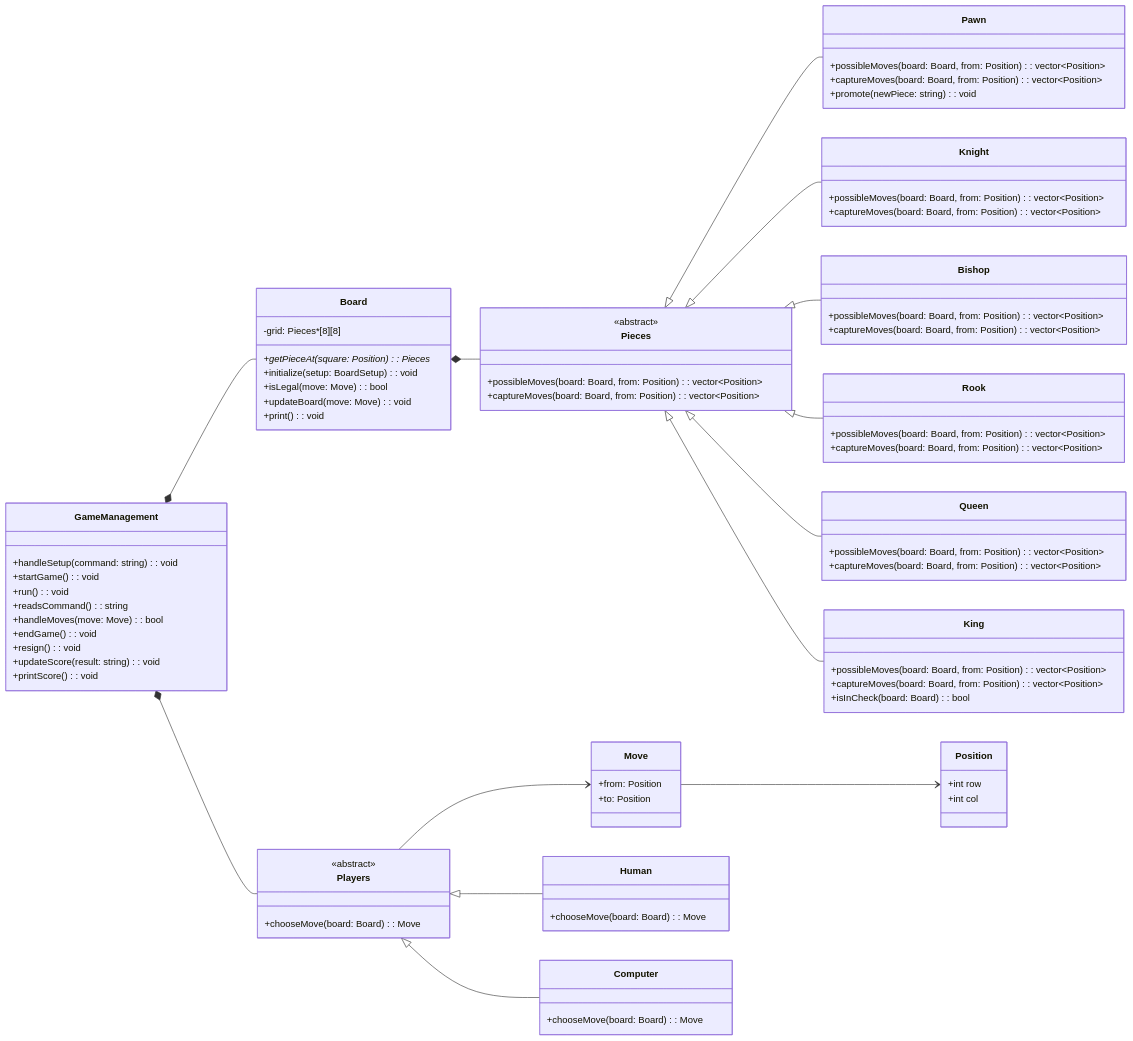
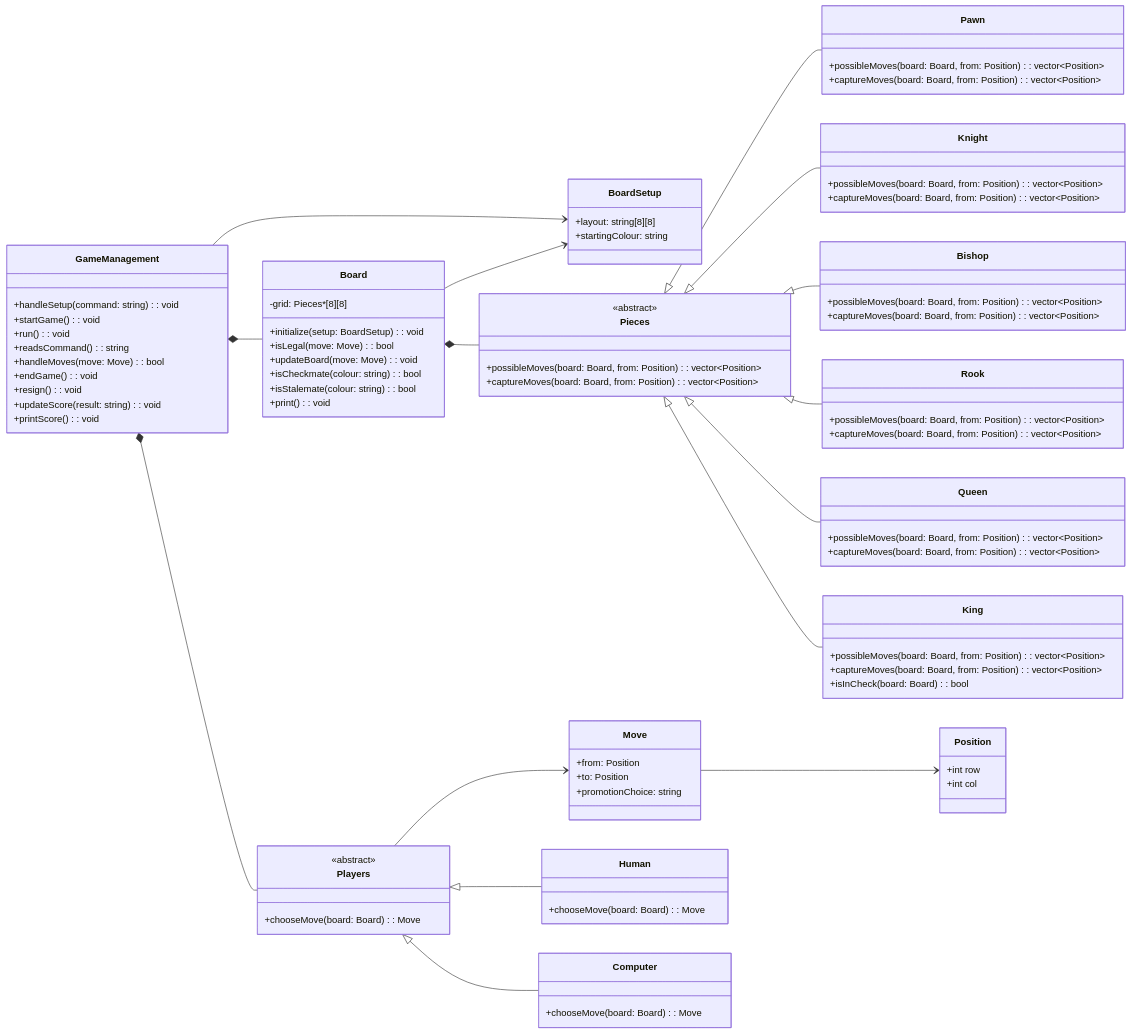
The diagram in PLAN.md (gbean-26/B07project), drawn with Mermaid before and after one commit. The commit also changed other lines of this file, not shown here.

```diff
--- a/PLAN.md
+++ b/PLAN.md
@@ -15,7 +20,6 @@
     class Pawn {
         +possibleMoves(board: Board, from: Position): vector~Position~
         +captureMoves(board: Board, from: Position): vector~Position~
-        +promote(newPiece: string): void
     }
     class Knight {
         +possibleMoves(board: Board, from: Position): vector~Position~
@@ -47,17 +51,27 @@
 
     class Board {
         -grid: Pieces*[8][8]
-        +getPieceAt(square: Position): Pieces*
         +initialize(setup: BoardSetup): void
         +isLegal(move: Move): bool
         +updateBoard(move: Move): void
+        +isCheckmate(colour: string): bool
+        +isStalemate(colour: string): bool
         +print(): void
     }
 
     class Move{
         +from: Position
         +to: Position
+        +promotionChoice: string
     }
+
+    class BoardSetup {
+        +layout: string[8][8]
+        +startingColour: string
+    }
+    
+    Board --> BoardSetup
+    GameManagement --> BoardSetup
 
     class Players {
         <<abstract>>
```
